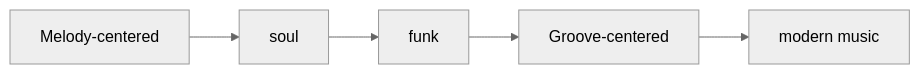
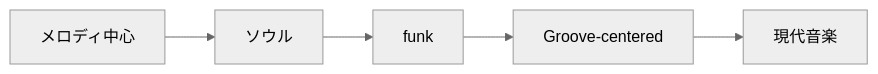
Before and after one commit to monumental-movement/monumental-movement.github.io: the first of 7 diagrams in en/_posts/2026-07-03-column-influential-album-06.md, drawn with Mermaid (neutral theme). The commit also changed other lines of this file and 2196 other files, not shown here.

```diff
--- a/en/_posts/2026-07-03-column-influential-album-06.md
+++ b/en/_posts/2026-07-03-column-influential-album-06.md
@@ -55,11 +55,11 @@
 <div class="mermaid">
 flowchart LR
-A[Melody-centered]
-B[soul]
+A[メロディ中心]
+B[ソウル]
 C[funk]
 D[Groove-centered]
-E[modern music]
+E[現代音楽]
 
 A --> B --> C --> D --> E
 
 </div>
```
